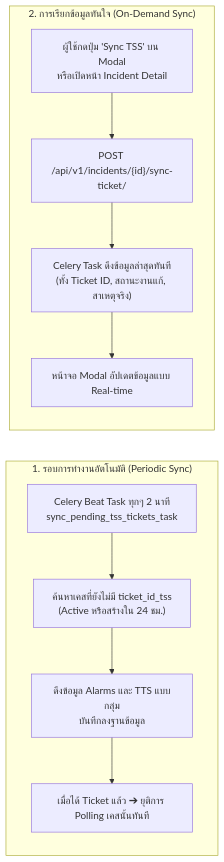
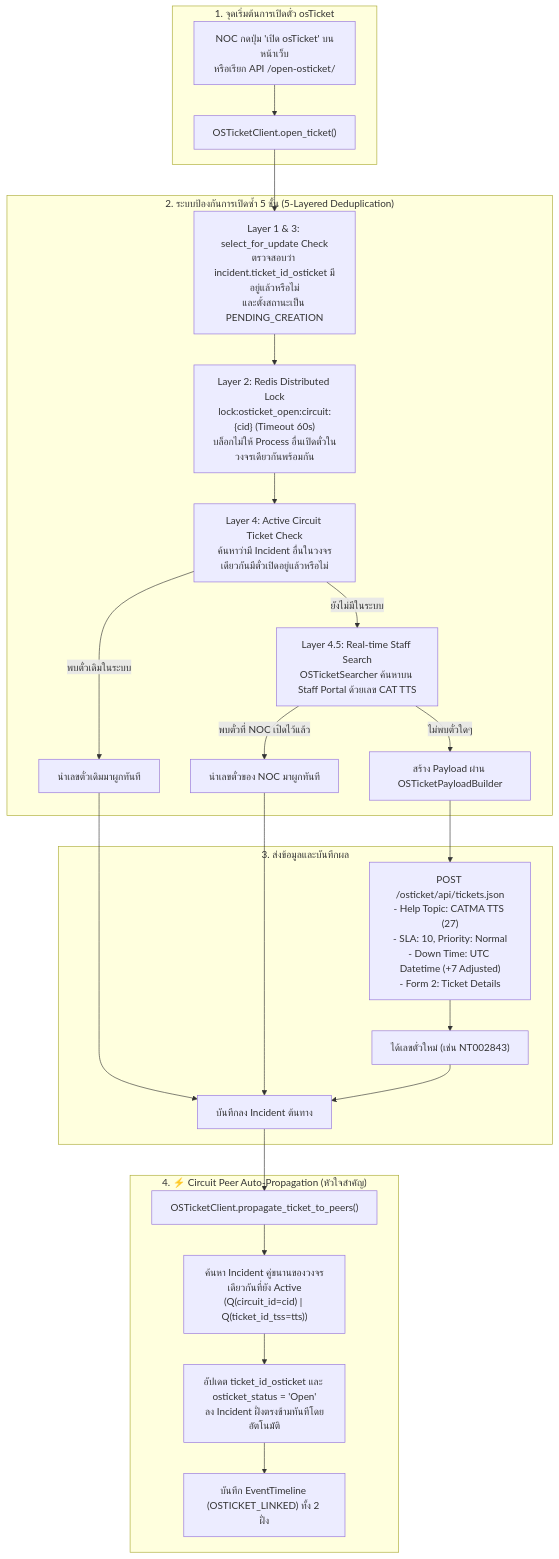
One commit to gnohpmos/event-analyzer changed the fifth of 5 diagrams in system_workflow_update.md. Above: the diagram before and after it, drawn with Mermaid. The commit also changed other lines of this file and 1 other file, not shown here.

Commit message:
feat(osticket): add circuit peer auto-propagation and smart   ticket sync

````diff
--- a/system_workflow_update.md
+++ b/system_workflow_update.md
@@ -279,18 +229,31 @@
 ```mermaid
-flowchart LR
-    subgraph Scheduled["1. รอบการทำงานอัตโนมัติ (Periodic Sync)"]
-        Cron["Celery Beat Task ทุกๆ 2 นาที<br>sync_pending_tss_tickets_task"]
-        QueryPending["ค้นหาเคสที่ยังไม่มี ticket_id_tss<br>(Active หรือสร้างใน 24 ชม.)"]
-        BatchSync["ดึงข้อมูล Alarms และ TTS แบบกลุ่ม<br>บันทึกลงฐานข้อมูล"]
-        StopPoll["เมื่อได้ Ticket แล้ว ➔ ยุติการ Polling เคสนั้นทันที"]
-        Cron --> QueryPending --> BatchSync --> StopPoll
+flowchart TD
+    subgraph Trigger["1. จุดเริ่มต้นการเปิดตั๋ว osTicket"]
+        A["NOC กดปุ่ม 'เปิด osTicket' บนหน้าเว็บ<br/>หรือเรียก API /open-osticket/"] --> B["OSTicketClient.open_ticket()"]
     end
 
-    subgraph OnDemand["2. การเรียกข้อมูลทันใจ (On-Demand Sync)"]
-        UserClick["ผู้ใช้กดปุ่ม 'Sync TSS' บน Modal<br>หรือเปิดหน้า Incident Detail"]
-        APICall["POST /api/v1/incidents/{id}/sync-ticket/"]
-        WorkerExec["Celery Task ดึงข้อมูลล่าสุดทันที<br>(ทั้ง Ticket ID, สถานะงานแก้, สาเหตุจริง)"]
-        UIUpdate["หน้าจอ Modal อัปเดตข้อมูลแบบ Real-time"]
-        UserClick --> APICall --> WorkerExec --> UIUpdate
+    subgraph Protection["2. ระบบป้องกันการเปิดซ้ำ 5 ชั้น (5-Layered Deduplication)"]
+        B --> L1["Layer 1 & 3: select_for_update Check<br/>ตรวจสอบว่า incident.ticket_id_osticket มีอยู่แล้วหรือไม่<br/>และตั้งสถานะเป็น PENDING_CREATION"]
+        L1 --> L2["Layer 2: Redis Distributed Lock<br/>lock:osticket_open:circuit:{cid} (Timeout 60s)<br/>บล็อกไม่ให้ Process อื่นเปิดตั๋วในวงจรเดียวกันพร้อมกัน"]
+        L2 --> L4["Layer 4: Active Circuit Ticket Check<br/>ค้นหาว่ามี Incident อื่นในวงจรเดียวกันมีตั๋วเปิดอยู่แล้วหรือไม่"]
+        L4 -- "พบตั๋วเดิมในระบบ" --> ReuseLocal["นำเลขตั๋วเดิมมาผูกทันที"]
+        L4 -- "ยังไม่มีในระบบ" --> L45["Layer 4.5: Real-time Staff Search<br/>OSTicketSearcher ค้นหาบน Staff Portal ด้วยเลข CAT TTS"]
+        L45 -- "พบตั๋วที่ NOC เปิดไว้แล้ว" --> ReuseRemote["นำเลขตั๋วของ NOC มาผูกทันที"]
+        L45 -- "ไม่พบตั๋วใดๆ" --> CreateNew["สร้าง Payload ผ่าน OSTicketPayloadBuilder"]
+    end
+
+    subgraph Execution["3. ส่งข้อมูลและบันทึกผล"]
+        CreateNew --> PostAPI["POST /osticket/api/tickets.json<br/>- Help Topic: CATMA TTS (27)<br/>- SLA: 10, Priority: Normal<br/>- Down Time: UTC Datetime (+7 Adjusted)<br/>- Form 2: Ticket Details"]
+        PostAPI --> NewTicket["ได้เลขตั๋วใหม่ (เช่น NT002843)"]
+        NewTicket --> SaveMain["บันทึกลง Incident ต้นทาง"]
+        ReuseLocal --> SaveMain
+        ReuseRemote --> SaveMain
+    end
+
+    subgraph PeerPropagation["4. ⚡ Circuit Peer Auto-Propagation (หัวใจสำคัญ)"]
+        SaveMain --> Propagate["OSTicketClient.propagate_ticket_to_peers()"]
+        Propagate --> FindPeers["ค้นหา Incident คู่ขนานของวงจรเดียวกันที่ยัง Active<br>(Q(circuit_id=cid) | Q(ticket_id_tss=tts))"]
+        FindPeers --> UpdatePeers["อัปเดต ticket_id_osticket และ osticket_status = 'Open'<br>ลง Incident ฝั่งตรงข้ามทันทีโดยอัตโนมัติ"]
+        UpdatePeers --> AddTimeline["บันทึก EventTimeline (OSTICKET_LINKED) ทั้ง 2 ฝั่ง"]
     end
 ```
````
